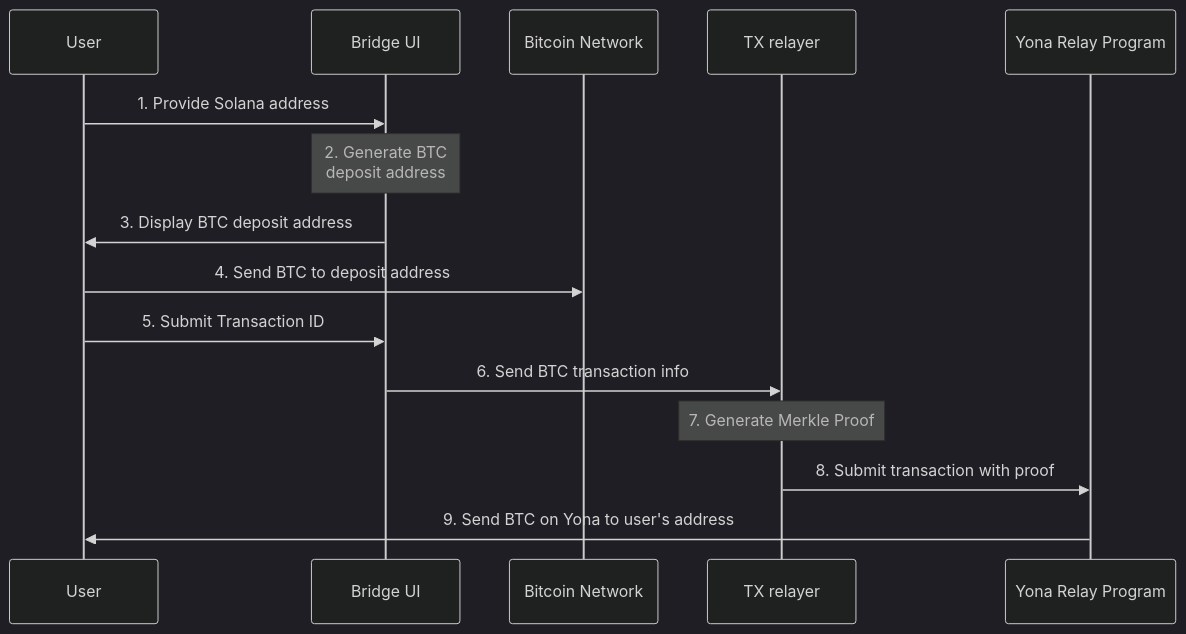
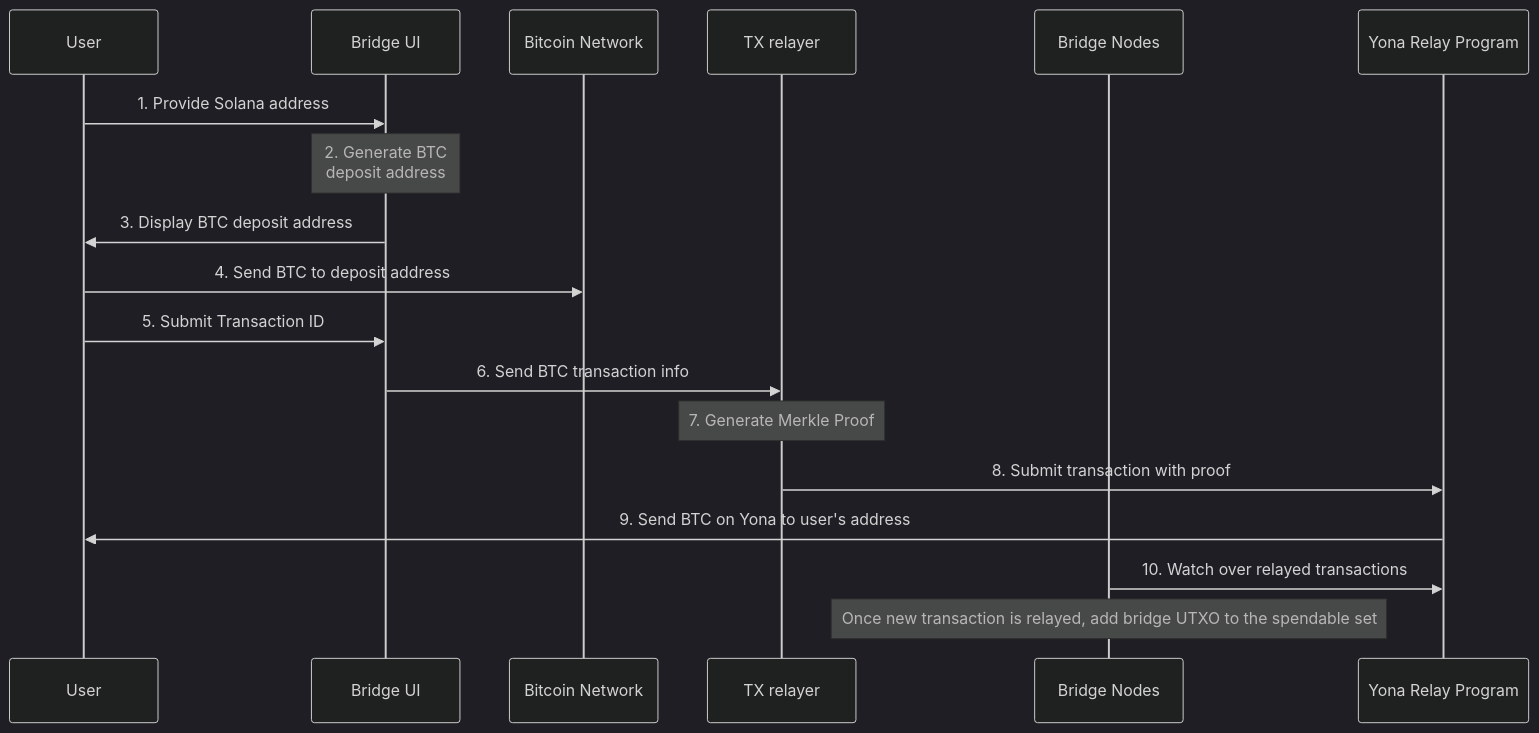
The diagram in docs/diagrams/bridge_deposit.md (Yona-Labs/bitcoin-svm-bridge), drawn with Mermaid (dark theme) before and after one commit.

Commit message:
Update bridge deposit sequence diagram.

````diff
--- a/docs/diagrams/bridge_deposit.md
+++ b/docs/diagrams/bridge_deposit.md
@@ -1,17 +1,20 @@
 ```mermaid
 sequenceDiagram
     participant User
     participant Bridge UI
     participant Bitcoin Network
     participant TX relayer
+    participant Bridge Nodes
     participant Yona Relay Program
     User ->> Bridge UI: 1. Provide Solana address
     Note over Bridge UI: 2. Generate BTC<br/>deposit address
     Bridge UI ->> User: 3. Display BTC deposit address
     User ->> Bitcoin Network: 4. Send BTC to deposit address
     User ->> Bridge UI: 5. Submit Transaction ID
     Bridge UI ->> TX relayer: 6. Send BTC transaction info
     Note over TX relayer: 7. Generate Merkle Proof
     TX relayer ->> Yona Relay Program: 8. Submit transaction with proof
     Yona Relay Program ->> User: 9. Send BTC on Yona to user's address
+    Bridge Nodes ->> Yona Relay Program: 10. Watch over relayed transactions
+    Note over Bridge Nodes: Once new transaction is relayed, add bridge UTXO to the spendable set
 ```
````
